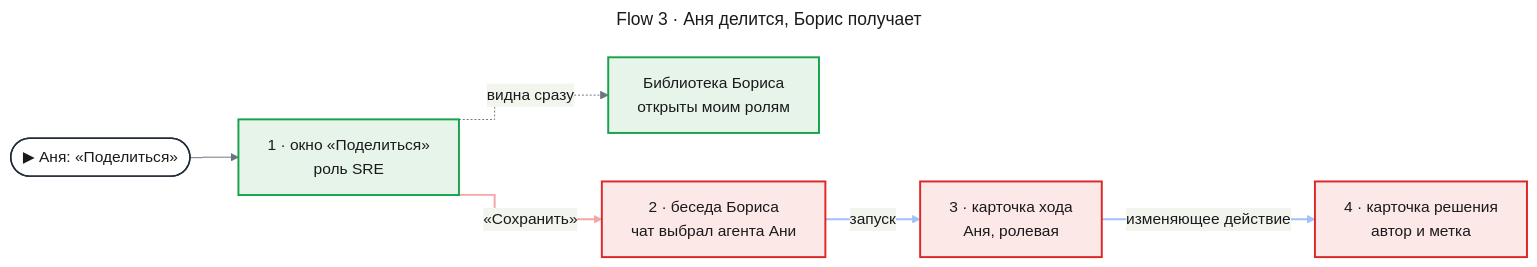
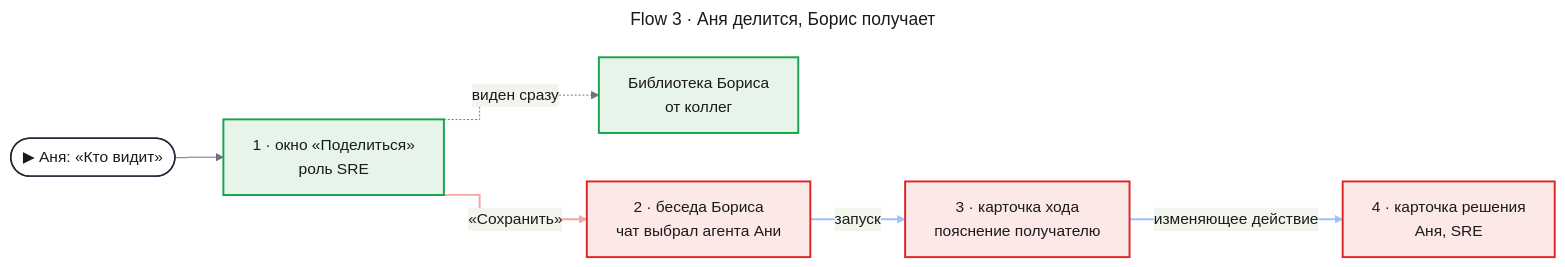
Before and after one commit to tundraray/agent-os: the fifth of 5 diagrams in docs/features/custom-agents/uxrd.md, drawn with Mermaid. The commit also changed other lines of this file and 11 other files, not shown here.

````diff
--- a/docs/features/custom-agents/uxrd.md
+++ b/docs/features/custom-agents/uxrd.md
@@ -261,42 +271,42 @@
 ```mermaid
 ---
 title: "Flow 3 · Аня делится, Борис получает"
 config:
   theme: base
   look: classic
   themeVariables:
     primaryColor: "#eef1f5"
     primaryBorderColor: "#4b5563"
     primaryTextColor: "#1a1a1a"
     lineColor: "#6b7280"
   flowchart:
     curve: step
   themeCSS: |
     @keyframes lit_ca3{0%,30%{stroke:#991b1b;stroke-width:6px}33.33%,100%{stroke:#f4a5a5;stroke-width:2px}}
     @keyframes litr_ca3{0%,30%{stroke:#1d4ed8;stroke-width:6px}33.33%,100%{stroke:#9ec1f7;stroke-width:2px}}
 ---
 flowchart LR
-    entry(["▶ Аня: «Поделиться»"])
+    entry(["▶ Аня: «Кто видит»"])
     dialog["1 · окно «Поделиться»<br/>роль SRE"]
-    blib["Библиотека Бориса<br/>открыты моим ролям"]
+    blib["Библиотека Бориса<br/>от коллег"]
     bchat["2 · беседа Бориса<br/>чат выбрал агента Ани"]
-    run["3 · карточка хода<br/>Аня, ролевая"]
-    card["4 · карточка решения<br/>автор и метка"]
+    run["3 · карточка хода<br/>пояснение получателю"]
+    card["4 · карточка решения<br/>Аня, SRE"]
     entry --> dialog
     dialog e1@-->|"«Сохранить»"| bchat
     bchat e2@-->|"запуск"| run
     run e3@-->|"изменяющее действие"| card
-    dialog -.->|"видна сразу"| blib
+    dialog -.->|"виден сразу"| blib
     classDef entry fill:#ffffff,stroke:#1f2937,stroke-width:1.5px,color:#1a1a1a
     classDef changed fill:#fde8e8,stroke:#dc2626,stroke-width:2px,color:#1a1a1a
     classDef new fill:#e6f4ea,stroke:#16a34a,stroke-width:2px,color:#1a1a1a
     classDef w1 stroke:#f4a5a5,stroke-width:2px,animation:lit_ca3 3.6s linear 0s infinite
     classDef r1 stroke:#9ec1f7,stroke-width:2px,animation:litr_ca3 3.6s linear 1.2s infinite
     classDef r2 stroke:#9ec1f7,stroke-width:2px,animation:litr_ca3 3.6s linear 2.4s infinite
     class entry entry
     class bchat,run,card changed
     class dialog,blib new
     class e1 w1
     class e2 r1
     class e3 r2
 ```
````
